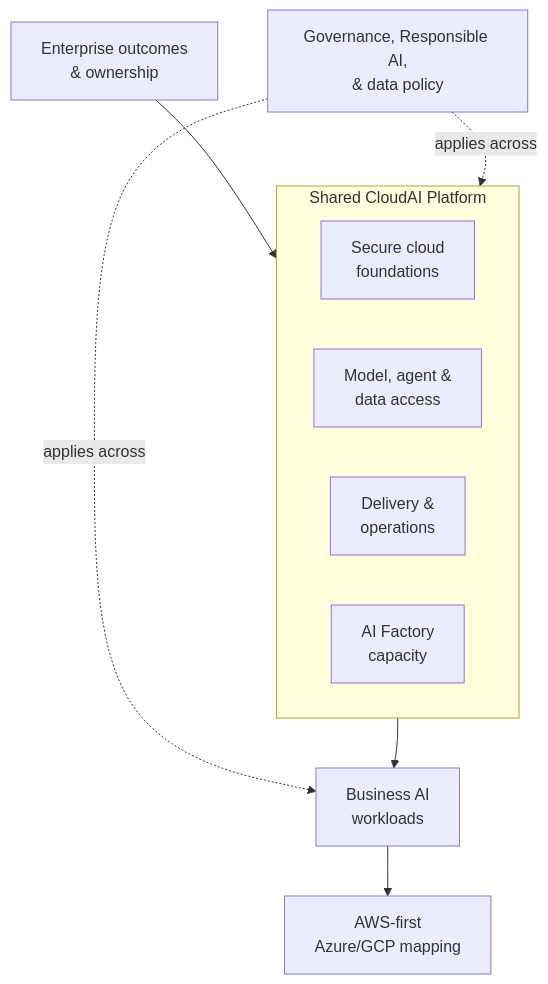
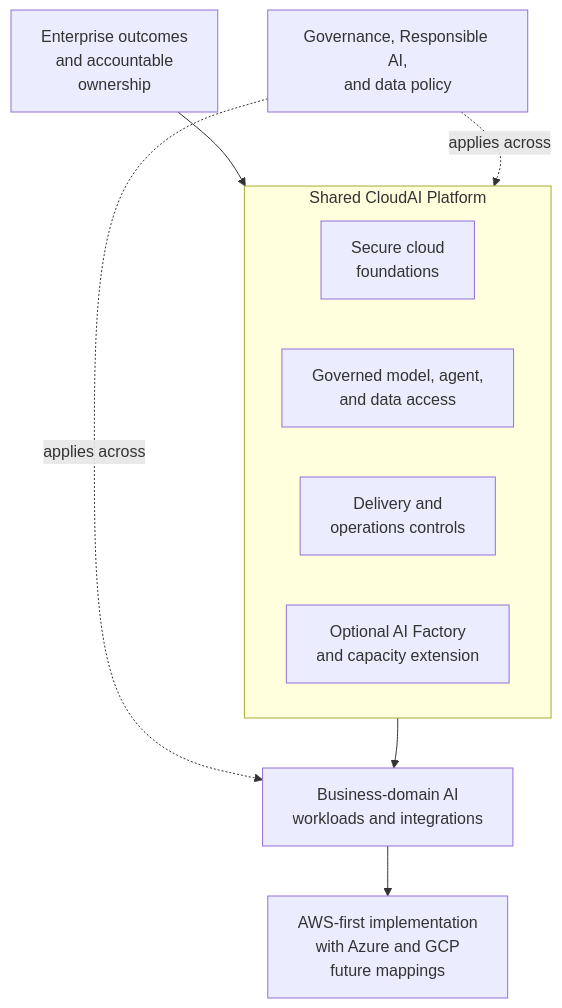
One commit to afaryy/cloudai-platform changed the first of 3 diagrams in docs/architecture.md. Above: the diagram before and after it, drawn with Mermaid. The commit also changed other lines of this file and 1 other file, not shown here.

Commit message:
docs: preserve full architecture diagram labels

````diff
--- a/docs/architecture.md
+++ b/docs/architecture.md
@@ -19,21 +19,21 @@
 ```mermaid
 flowchart TB
-  outcome["Enterprise outcomes<br/>& ownership"]
-  policy["Governance, Responsible AI,<br/>& data policy"]
+  outcome["Enterprise outcomes<br/>and accountable<br/>ownership"]
+  policy["Governance, Responsible AI,<br/>and data policy"]
 
   subgraph platform["Shared CloudAI Platform"]
     foundations["Secure cloud<br/>foundations"]
-    access["Model, agent &<br/>data access"]
-    delivery["Delivery &<br/>operations"]
-    capacity["AI Factory<br/>capacity"]
+    access["Governed model, agent,<br/>and data access"]
+    delivery["Delivery and<br/>operations controls"]
+    capacity["Optional AI Factory<br/>and capacity extension"]
   end
 
-  workloads["Business AI<br/>workloads"]
-  providers["AWS-first<br/>Azure/GCP mapping"]
+  workloads["Business-domain AI<br/>workloads and integrations"]
+  providers["AWS-first implementation<br/>with Azure and GCP<br/>future mappings"]
 
   outcome --> platform
   policy -. "applies across" .-> platform
   policy -. "applies across" .-> workloads
   platform --> workloads
   workloads --> providers
 ```
````
